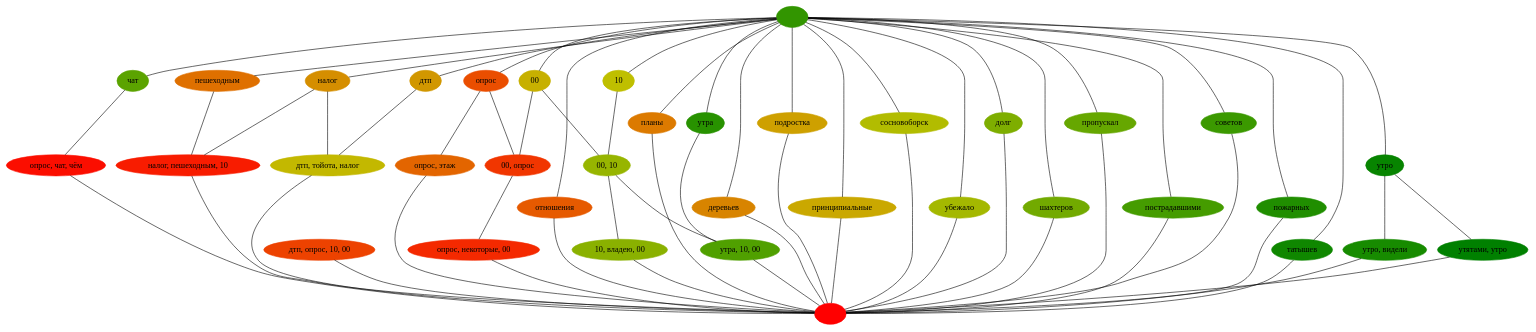
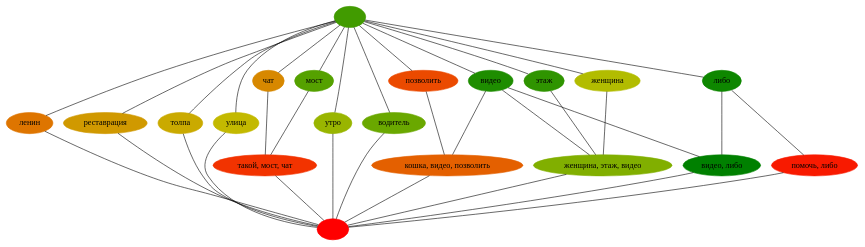
One commit to alinabelova/VkParser changed the diagram in VkParser/Digraph.gv. Above: the diagram before and after it, drawn with Graphviz. The commit also changed 15 other files, not shown here.

```diff
--- a/VkParser/Digraph.gv
+++ b/VkParser/Digraph.gv
@@ -1,103 +1,57 @@
 digraph {
 	edge [dir=none labeldistance=1.5 minlen=2]
-	"дтп, опрос, пожарных, принципиальные, подростка, тойота, налог, планы, убежало, шахтеров, пешеходным, чат, советов, утра, 10, пострадавшими, владею, долг, утятами, пропускал, сосновоборск, утро, видели, отношения, чём, татышев, этаж, деревьев, некоторые, 00" [label=" " color="#ff0000" style=filled]
-	"опрос, чат, чём" [label="опрос, чат, чём" color="#fb0e00" style=filled]
-	"опрос, чат, чём" -> "дтп, опрос, пожарных, принципиальные, подростка, тойота, налог, планы, убежало, шахтеров, пешеходным, чат, советов, утра, 10, пострадавшими, владею, долг, утятами, пропускал, сосновоборск, утро, видели, отношения, чём, татышев, этаж, деревьев, некоторые, 00"
-	"налог, пешеходным, 10" [label="налог, пешеходным, 10" color="#f81c00" style=filled]
-	"налог, пешеходным, 10" -> "дтп, опрос, пожарных, принципиальные, подростка, тойота, налог, планы, убежало, шахтеров, пешеходным, чат, советов, утра, 10, пострадавшими, владею, долг, утятами, пропускал, сосновоборск, утро, видели, отношения, чём, татышев, этаж, деревьев, некоторые, 00"
-	"опрос, некоторые, 00" [label="опрос, некоторые, 00" color="#f42900" style=filled]
-	"опрос, некоторые, 00" -> "дтп, опрос, пожарных, принципиальные, подростка, тойота, налог, планы, убежало, шахтеров, пешеходным, чат, советов, утра, 10, пострадавшими, владею, долг, утятами, пропускал, сосновоборск, утро, видели, отношения, чём, татышев, этаж, деревьев, некоторые, 00"
-	"00, опрос" [label="00, опрос" color="#f13600" style=filled]
-	"00, опрос" -> "опрос, некоторые, 00"
-	"дтп, опрос, 10, 00" [label="дтп, опрос, 10, 00" color="#ed4200" style=filled]
-	"дтп, опрос, 10, 00" -> "дтп, опрос, пожарных, принципиальные, подростка, тойота, налог, планы, убежало, шахтеров, пешеходным, чат, советов, утра, 10, пострадавшими, владею, долг, утятами, пропускал, сосновоборск, утро, видели, отношения, чём, татышев, этаж, деревьев, некоторые, 00"
-	"опрос" [label="опрос" color="#ea4e00" style=filled]
-	"опрос" -> "00, опрос"
-	"опрос" -> "опрос, этаж"
-	"отношения" [label="отношения" color="#e65a00" style=filled]
-	"отношения" -> "дтп, опрос, пожарных, принципиальные, подростка, тойота, налог, планы, убежало, шахтеров, пешеходным, чат, советов, утра, 10, пострадавшими, владею, долг, утятами, пропускал, сосновоборск, утро, видели, отношения, чём, татышев, этаж, деревьев, некоторые, 00"
-	"опрос, этаж" [label="опрос, этаж" color="#e36500" style=filled]
-	"опрос, этаж" -> "дтп, опрос, пожарных, принципиальные, подростка, тойота, налог, планы, убежало, шахтеров, пешеходным, чат, советов, утра, 10, пострадавшими, владею, долг, утятами, пропускал, сосновоборск, утро, видели, отношения, чём, татышев, этаж, деревьев, некоторые, 00"
-	"пешеходным" [label="пешеходным" color="#df7000" style=filled]
-	"пешеходным" -> "налог, пешеходным, 10"
-	"планы" [label="планы" color="#dc7a00" style=filled]
-	"планы" -> "дтп, опрос, пожарных, принципиальные, подростка, тойота, налог, планы, убежало, шахтеров, пешеходным, чат, советов, утра, 10, пострадавшими, владею, долг, утятами, пропускал, сосновоборск, утро, видели, отношения, чём, татышев, этаж, деревьев, некоторые, 00"
-	"деревьев" [label="деревьев" color="#d88400" style=filled]
-	"деревьев" -> "дтп, опрос, пожарных, принципиальные, подростка, тойота, налог, планы, убежало, шахтеров, пешеходным, чат, советов, утра, 10, пострадавшими, владею, долг, утятами, пропускал, сосновоборск, утро, видели, отношения, чём, татышев, этаж, деревьев, некоторые, 00"
-	"налог" [label="налог" color="#d58e00" style=filled]
-	"налог" -> "налог, пешеходным, 10"
-	"налог" -> "дтп, тойота, налог"
-	"дтп" [label="дтп" color="#d19700" style=filled]
-	"дтп" -> "дтп, тойота, налог"
-	"подростка" [label="подростка" color="#cea000" style=filled]
-	"подростка" -> "дтп, опрос, пожарных, принципиальные, подростка, тойота, налог, планы, убежало, шахтеров, пешеходным, чат, советов, утра, 10, пострадавшими, владею, долг, утятами, пропускал, сосновоборск, утро, видели, отношения, чём, татышев, этаж, деревьев, некоторые, 00"
-	"принципиальные" [label="принципиальные" color="#caa800" style=filled]
-	"принципиальные" -> "дтп, опрос, пожарных, принципиальные, подростка, тойота, налог, планы, убежало, шахтеров, пешеходным, чат, советов, утра, 10, пострадавшими, владею, долг, утятами, пропускал, сосновоборск, утро, видели, отношения, чём, татышев, этаж, деревьев, некоторые, 00"
-	00 [label=00 color="#c7b000" style=filled]
-	00 -> "00, опрос"
-	00 -> "00, 10"
-	"дтп, тойота, налог" [label="дтп, тойота, налог" color="#c3b800" style=filled]
-	"дтп, тойота, налог" -> "дтп, опрос, пожарных, принципиальные, подростка, тойота, налог, планы, убежало, шахтеров, пешеходным, чат, советов, утра, 10, пострадавшими, владею, долг, утятами, пропускал, сосновоборск, утро, видели, отношения, чём, татышев, этаж, деревьев, некоторые, 00"
-	10 [label=10 color="#bfbf00" style=filled]
-	10 -> "00, 10"
-	"сосновоборск" [label="сосновоборск" color="#b2bc00" style=filled]
-	"сосновоборск" -> "дтп, опрос, пожарных, принципиальные, подростка, тойота, налог, планы, убежало, шахтеров, пешеходным, чат, советов, утра, 10, пострадавшими, владею, долг, утятами, пропускал, сосновоборск, утро, видели, отношения, чём, татышев, этаж, деревьев, некоторые, 00"
-	"убежало" [label="убежало" color="#a4b800" style=filled]
-	"убежало" -> "дтп, опрос, пожарных, принципиальные, подростка, тойота, налог, планы, убежало, шахтеров, пешеходным, чат, советов, утра, 10, пострадавшими, владею, долг, утятами, пропускал, сосновоборск, утро, видели, отношения, чём, татышев, этаж, деревьев, некоторые, 00"
-	"00, 10" [label="00, 10" color="#97b500" style=filled]
-	"00, 10" -> "10, владею, 00"
-	"00, 10" -> "утра, 10, 00"
-	"10, владею, 00" [label="10, владею, 00" color="#8ab100" style=filled]
-	"10, владею, 00" -> "дтп, опрос, пожарных, принципиальные, подростка, тойота, налог, планы, убежало, шахтеров, пешеходным, чат, советов, утра, 10, пострадавшими, владею, долг, утятами, пропускал, сосновоборск, утро, видели, отношения, чём, татышев, этаж, деревьев, некоторые, 00"
-	"долг" [label="долг" color="#7eae00" style=filled]
-	"долг" -> "дтп, опрос, пожарных, принципиальные, подростка, тойота, налог, планы, убежало, шахтеров, пешеходным, чат, советов, утра, 10, пострадавшими, владею, долг, утятами, пропускал, сосновоборск, утро, видели, отношения, чём, татышев, этаж, деревьев, некоторые, 00"
-	"шахтеров" [label="шахтеров" color="#72aa00" style=filled]
-	"шахтеров" -> "дтп, опрос, пожарных, принципиальные, подростка, тойота, налог, планы, убежало, шахтеров, пешеходным, чат, советов, утра, 10, пострадавшими, владею, долг, утятами, пропускал, сосновоборск, утро, видели, отношения, чём, татышев, этаж, деревьев, некоторые, 00"
-	"пропускал" [label="пропускал" color="#66a700" style=filled]
-	"пропускал" -> "дтп, опрос, пожарных, принципиальные, подростка, тойота, налог, планы, убежало, шахтеров, пешеходным, чат, советов, утра, 10, пострадавшими, владею, долг, утятами, пропускал, сосновоборск, утро, видели, отношения, чём, татышев, этаж, деревьев, некоторые, 00"
-	"чат" [label="чат" color="#5ba300" style=filled]
-	"чат" -> "опрос, чат, чём"
-	"утра, 10, 00" [label="утра, 10, 00" color="#50a000" style=filled]
-	"утра, 10, 00" -> "дтп, опрос, пожарных, принципиальные, подростка, тойота, налог, планы, убежало, шахтеров, пешеходным, чат, советов, утра, 10, пострадавшими, владею, долг, утятами, пропускал, сосновоборск, утро, видели, отношения, чём, татышев, этаж, деревьев, некоторые, 00"
-	"пострадавшими" [label="пострадавшими" color="#459c00" style=filled]
-	"пострадавшими" -> "дтп, опрос, пожарных, принципиальные, подростка, тойота, налог, планы, убежало, шахтеров, пешеходным, чат, советов, утра, 10, пострадавшими, владею, долг, утятами, пропускал, сосновоборск, утро, видели, отношения, чём, татышев, этаж, деревьев, некоторые, 00"
-	"советов" [label="советов" color="#3b9900" style=filled]
-	"советов" -> "дтп, опрос, пожарных, принципиальные, подростка, тойота, налог, планы, убежало, шахтеров, пешеходным, чат, советов, утра, 10, пострадавшими, владею, долг, утятами, пропускал, сосновоборск, утро, видели, отношения, чём, татышев, этаж, деревьев, некоторые, 00"
-	"" [label="" color="#329500" style=filled]
-	"" -> "опрос"
-	"" -> "отношения"
-	"" -> "пешеходным"
-	"" -> "планы"
-	"" -> "деревьев"
-	"" -> "налог"
-	"" -> "дтп"
-	"" -> "подростка"
-	"" -> "принципиальные"
-	"" -> 00
-	"" -> 10
-	"" -> "сосновоборск"
-	"" -> "убежало"
-	"" -> "долг"
-	"" -> "шахтеров"
-	"" -> "пропускал"
+	"утро, ребёнок, ленин, помочь, женщина, этаж, общий, такой, спорить, мост, стоить, зарплата, хонда, сесть, кошка, толпа, видео, улица, либо, старший, водитель, чат, реставрация, ярыгинский, позволить, снести" [label=" " color="#ff0000" style=filled]
+	"помочь, либо" [label="помочь, либо" color="#f81a00" style=filled]
+	"помочь, либо" -> "утро, ребёнок, ленин, помочь, женщина, этаж, общий, такой, спорить, мост, стоить, зарплата, хонда, сесть, кошка, толпа, видео, улица, либо, старший, водитель, чат, реставрация, ярыгинский, позволить, снести"
+	"такой, мост, чат" [label="такой, мост, чат" color="#f23300" style=filled]
+	"такой, мост, чат" -> "утро, ребёнок, ленин, помочь, женщина, этаж, общий, такой, спорить, мост, стоить, зарплата, хонда, сесть, кошка, толпа, видео, улица, либо, старший, водитель, чат, реставрация, ярыгинский, позволить, снести"
+	"позволить" [label="позволить" color="#eb4a00" style=filled]
+	"позволить" -> "кошка, видео, позволить"
+	"кошка, видео, позволить" [label="кошка, видео, позволить" color="#e46000" style=filled]
+	"кошка, видео, позволить" -> "утро, ребёнок, ленин, помочь, женщина, этаж, общий, такой, спорить, мост, стоить, зарплата, хонда, сесть, кошка, толпа, видео, улица, либо, старший, водитель, чат, реставрация, ярыгинский, позволить, снести"
+	"ленин" [label="ленин" color="#de7500" style=filled]
+	"ленин" -> "утро, ребёнок, ленин, помочь, женщина, этаж, общий, такой, спорить, мост, стоить, зарплата, хонда, сесть, кошка, толпа, видео, улица, либо, старший, водитель, чат, реставрация, ярыгинский, позволить, снести"
+	"чат" [label="чат" color="#d78800" style=filled]
+	"чат" -> "такой, мост, чат"
+	"реставрация" [label="реставрация" color="#d09900" style=filled]
+	"реставрация" -> "утро, ребёнок, ленин, помочь, женщина, этаж, общий, такой, спорить, мост, стоить, зарплата, хонда, сесть, кошка, толпа, видео, улица, либо, старший, водитель, чат, реставрация, ярыгинский, позволить, снести"
+	"толпа" [label="толпа" color="#caaa00" style=filled]
+	"толпа" -> "утро, ребёнок, ленин, помочь, женщина, этаж, общий, такой, спорить, мост, стоить, зарплата, хонда, сесть, кошка, толпа, видео, улица, либо, старший, водитель, чат, реставрация, ярыгинский, позволить, снести"
+	"улица" [label="улица" color="#c3b900" style=filled]
+	"улица" -> "утро, ребёнок, ленин, помочь, женщина, этаж, общий, такой, спорить, мост, стоить, зарплата, хонда, сесть, кошка, толпа, видео, улица, либо, старший, водитель, чат, реставрация, ярыгинский, позволить, снести"
+	"женщина" [label="женщина" color="#b2bc00" style=filled]
+	"женщина" -> "женщина, этаж, видео"
+	"утро" [label="утро" color="#99b500" style=filled]
+	"утро" -> "утро, ребёнок, ленин, помочь, женщина, этаж, общий, такой, спорить, мост, стоить, зарплата, хонда, сесть, кошка, толпа, видео, улица, либо, старший, водитель, чат, реставрация, ярыгинский, позволить, снести"
+	"женщина, этаж, видео" [label="женщина, этаж, видео" color="#81af00" style=filled]
+	"женщина, этаж, видео" -> "утро, ребёнок, ленин, помочь, женщина, этаж, общий, такой, спорить, мост, стоить, зарплата, хонда, сесть, кошка, толпа, видео, улица, либо, старший, водитель, чат, реставрация, ярыгинский, позволить, снести"
+	"водитель" [label="водитель" color="#6aa800" style=filled]
+	"водитель" -> "утро, ребёнок, ленин, помочь, женщина, этаж, общий, такой, спорить, мост, стоить, зарплата, хонда, сесть, кошка, толпа, видео, улица, либо, старший, водитель, чат, реставрация, ярыгинский, позволить, снести"
+	"мост" [label="мост" color="#55a100" style=filled]
+	"мост" -> "такой, мост, чат"
+	"" [label="" color="#419b00" style=filled]
+	"" -> "позволить"
+	"" -> "ленин"
 	"" -> "чат"
-	"" -> "пострадавшими"
-	"" -> "советов"
-	"" -> "утра"
-	"" -> "пожарных"
-	"" -> "татышев"
+	"" -> "реставрация"
+	"" -> "толпа"
+	"" -> "улица"
+	"" -> "женщина"
 	"" -> "утро"
-	"утра" [label="утра" color="#289200" style=filled]
-	"утра" -> "утра, 10, 00"
-	"пожарных" [label="пожарных" color="#208e00" style=filled]
-	"пожарных" -> "дтп, опрос, пожарных, принципиальные, подростка, тойота, налог, планы, убежало, шахтеров, пешеходным, чат, советов, утра, 10, пострадавшими, владею, долг, утятами, пропускал, сосновоборск, утро, видели, отношения, чём, татышев, этаж, деревьев, некоторые, 00"
-	"утро, видели" [label="утро, видели" color="#178b00" style=filled]
-	"утро, видели" -> "дтп, опрос, пожарных, принципиальные, подростка, тойота, налог, планы, убежало, шахтеров, пешеходным, чат, советов, утра, 10, пострадавшими, владею, долг, утятами, пропускал, сосновоборск, утро, видели, отношения, чём, татышев, этаж, деревьев, некоторые, 00"
-	"татышев" [label="татышев" color="#0f8700" style=filled]
-	"татышев" -> "дтп, опрос, пожарных, принципиальные, подростка, тойота, налог, планы, убежало, шахтеров, пешеходным, чат, советов, утра, 10, пострадавшими, владею, долг, утятами, пропускал, сосновоборск, утро, видели, отношения, чём, татышев, этаж, деревьев, некоторые, 00"
-	"утро" [label="утро" color="#078400" style=filled]
-	"утро" -> "утро, видели"
-	"утро" -> "утятами, утро"
-	"утятами, утро" [label="утятами, утро" color="#008000" style=filled]
-	"утятами, утро" -> "дтп, опрос, пожарных, принципиальные, подростка, тойота, налог, планы, убежало, шахтеров, пешеходным, чат, советов, утра, 10, пострадавшими, владею, долг, утятами, пропускал, сосновоборск, утро, видели, отношения, чём, татышев, этаж, деревьев, некоторые, 00"
+	"" -> "водитель"
+	"" -> "мост"
+	"" -> "этаж"
+	"" -> "видео"
+	"" -> "либо"
+	"этаж" [label="этаж" color="#2f9400" style=filled]
+	"этаж" -> "женщина, этаж, видео"
+	"видео" [label="видео" color="#1e8d00" style=filled]
+	"видео" -> "видео, либо"
+	"видео" -> "кошка, видео, позволить"
+	"видео" -> "женщина, этаж, видео"
+	"либо" [label="либо" color="#0e8700" style=filled]
+	"либо" -> "помочь, либо"
+	"либо" -> "видео, либо"
+	"видео, либо" [label="видео, либо" color="#008000" style=filled]
+	"видео, либо" -> "утро, ребёнок, ленин, помочь, женщина, этаж, общий, такой, спорить, мост, стоить, зарплата, хонда, сесть, кошка, толпа, видео, улица, либо, старший, водитель, чат, реставрация, ярыгинский, позволить, снести"
 }
```
